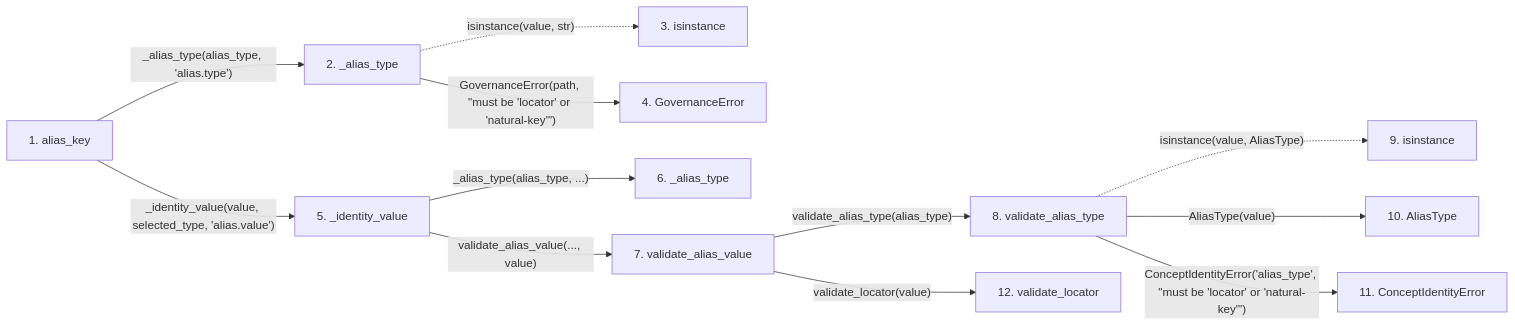
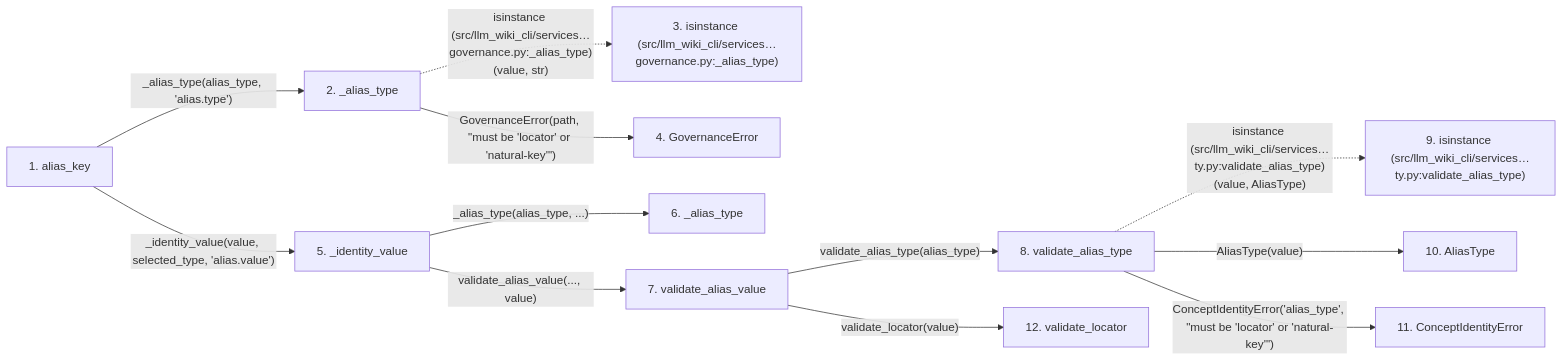
The second of 2 diagrams in docs/llm_wiki/flows/api-alias_key.md (Denissvgn/python-wiki-llm), drawn with Mermaid before and after one commit. The commit also changed other lines of this file and 719 other files, not shown here.

````diff
--- a/docs/llm_wiki/flows/api-alias_key.md
+++ b/docs/llm_wiki/flows/api-alias_key.md
@@ -72,36 +75,36 @@
 ```mermaid
 flowchart LR
     s1["1. alias_key"]
     s2["2. _alias_type"]
-    s3["3. isinstance"]
+    s3["3. isinstance (src/llm_wiki_cli/services…governance.py:_alias_type)"]
     s4["4. GovernanceError"]
     s5["5. _identity_value"]
     s6["6. _alias_type"]
     s7["7. validate_alias_value"]
     s8["8. validate_alias_type"]
-    s9["9. isinstance"]
+    s9["9. isinstance (src/llm_wiki_cli/services…ty.py:validate_alias_type)"]
     s10["10. AliasType"]
     s11["11. ConceptIdentityError"]
     s12["12. validate_locator"]
     s1 -->|"_alias_type(alias_type, 'alias.type')"| s2
-    s2 -. "isinstance(value, str)" .-> s3
+    s2 -. "isinstance (src/llm_wiki_cli/services…governance.py:_alias_type)(value, str)" .-> s3
     s2 -->|"GovernanceError(path, #34;must be 'locator' or 'natural-key'#34;)"| s4
     s1 -->|"_identity_value(value, selected_type, 'alias.value')"| s5
     s5 -->|"_alias_type(alias_type, ...)"| s6
     s5 -->|"validate_alias_value(..., value)"| s7
     s7 -->|"validate_alias_type(alias_type)"| s8
-    s8 -. "isinstance(value, AliasType)" .-> s9
+    s8 -. "isinstance (src/llm_wiki_cli/services…ty.py:validate_alias_type)(value, AliasType)" .-> s9
     s8 -->|"AliasType(value)"| s10
     s8 -->|"ConceptIdentityError('alias_type', #34;must be 'locator' or 'natural-key'#34;)"| s11
     s7 -->|"validate_locator(value)"| s12
     click s1 "../modules/knowledge_governance.md"
     click s2 "../modules/knowledge_governance.md"
     click s4 "../modules/knowledge_governance.md"
     click s5 "../modules/knowledge_governance.md"
     click s6 "../modules/knowledge_governance.md"
     click s7 "../modules/concept_identity.md"
     click s8 "../modules/concept_identity.md"
     click s10 "../modules/concept_identity.md"
     click s11 "../modules/concept_identity.md"
     click s12 "../modules/concept_identity.md"
 ```
````
